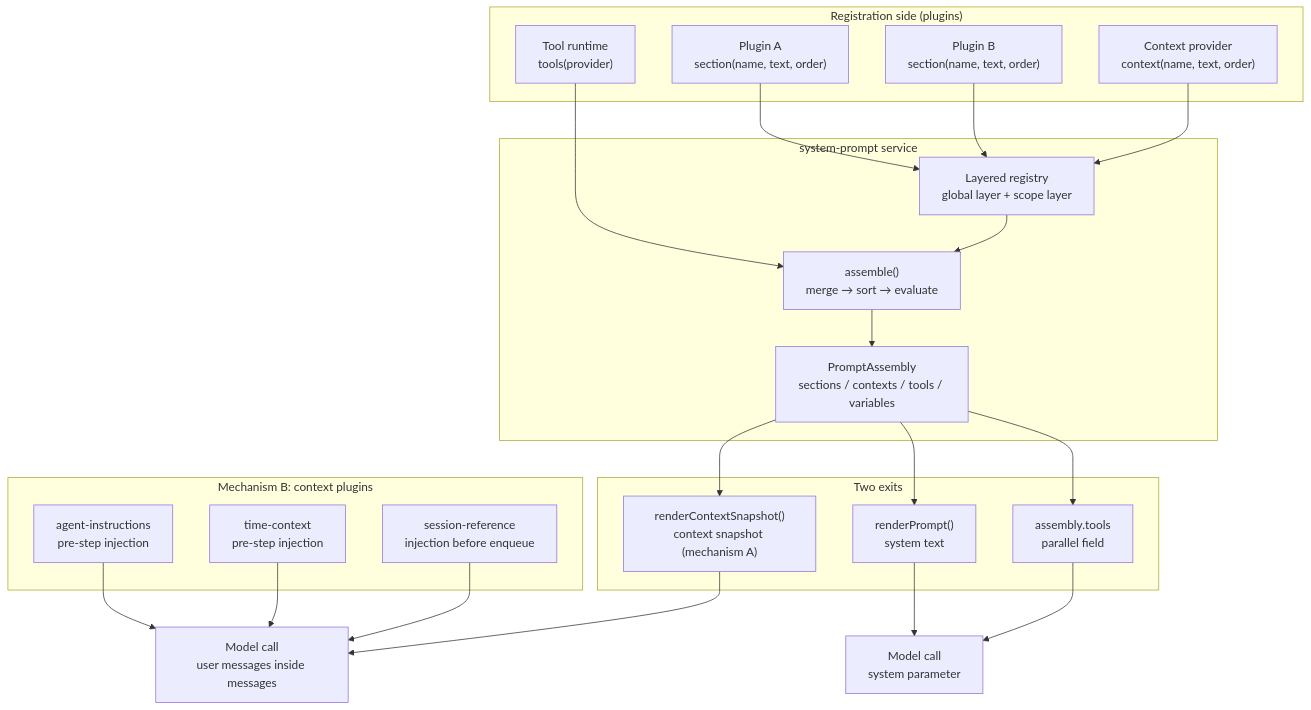
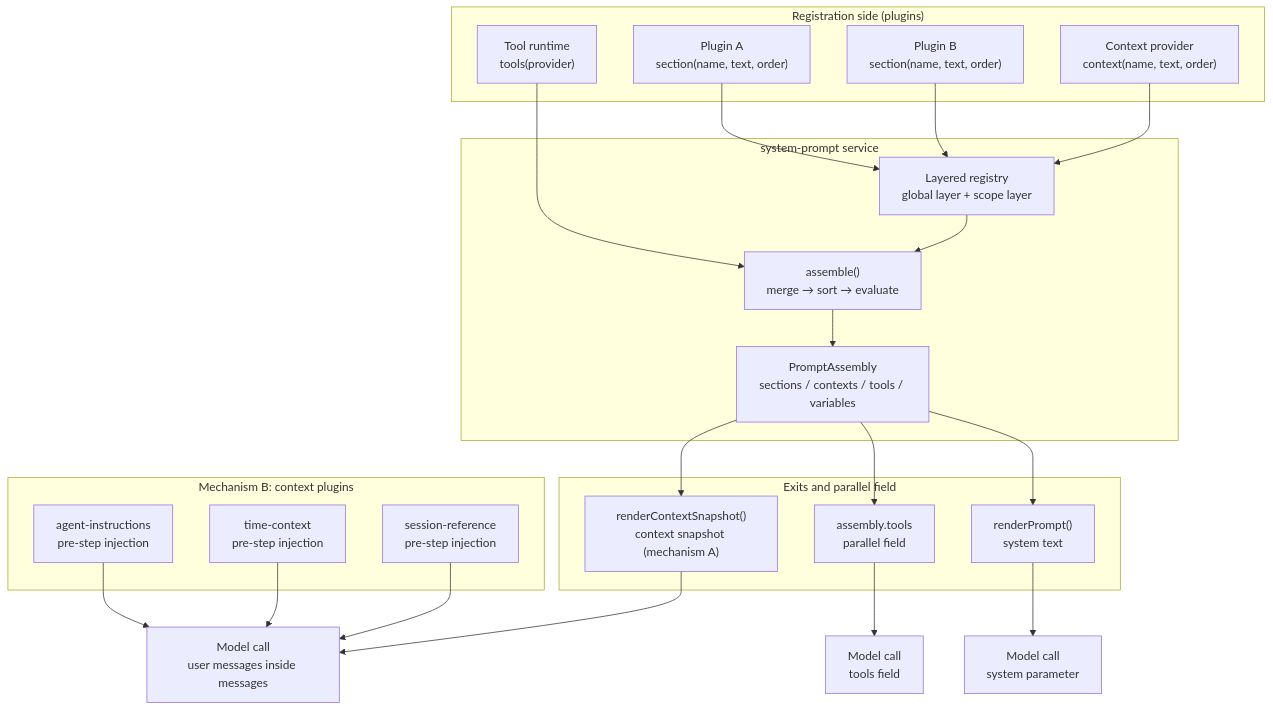
The diagram in ch08/ch08-system-prompt-context_en.md (ChenYu1991ppak/deepseek-harness-anatomy), drawn with Mermaid before and after one commit. The commit also changed other lines of this file and 124 other files, not shown here.

````diff
--- a/ch08/ch08-system-prompt-context_en.md
+++ b/ch08/ch08-system-prompt-context_en.md
@@ -85,43 +85,43 @@
 ```mermaid
 flowchart TB
     subgraph RegistrationSide["Registration side (plugins)"]
         P1["Plugin A<br/>section(name, text, order)"]
         P2["Plugin B<br/>section(name, text, order)"]
         P3["Tool runtime<br/>tools(provider)"]
         P4["Context provider<br/>context(name, text, order)"]
     end
 
     subgraph AssemblyLine["system-prompt service"]
         L["Layered registry<br/>global layer + scope layer"]
         A["assemble()<br/>merge → sort → evaluate"]
         AS["PromptAssembly<br/>sections / contexts / tools / variables"]
     end
 
-    subgraph Exits["Two exits"]
+    subgraph Exits["Exits and parallel field"]
         R1["renderPrompt()<br/>system text"]
         R2["renderContextSnapshot()<br/>context snapshot (mechanism A)"]
         T["assembly.tools<br/>parallel field"]
     end
 
     subgraph MechanismB["Mechanism B: context plugins"]
         C1["agent-instructions<br/>pre-step injection"]
         C2["time-context<br/>pre-step injection"]
-        C3["session-reference<br/>injection before enqueue"]
+        C3["session-reference<br/>pre-step injection"]
     end
 
     P1 --> L
     P2 --> L
     P3 --> A
     P4 --> L
     L --> A
     A --> AS
     AS --> R1
     AS --> R2
     AS --> T
     C1 --> M["Model call<br/>user messages inside messages"]
     C2 --> M
     C3 --> M
     R2 --> M
-    R1 --> S["Model call<br/>system parameter"]
-    T --> S
+    R1 --> S1["Model call<br/>system parameter"]
+    T --> S2["Model call<br/>tools field"]
 ```
````
